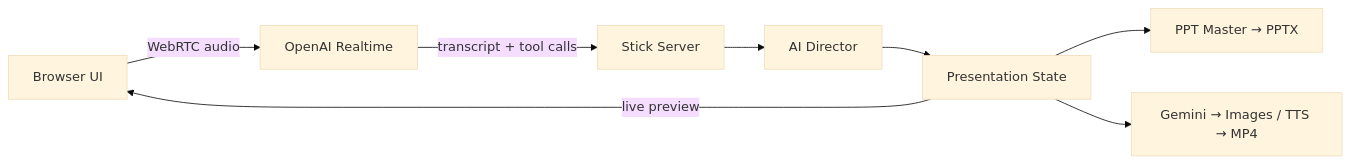
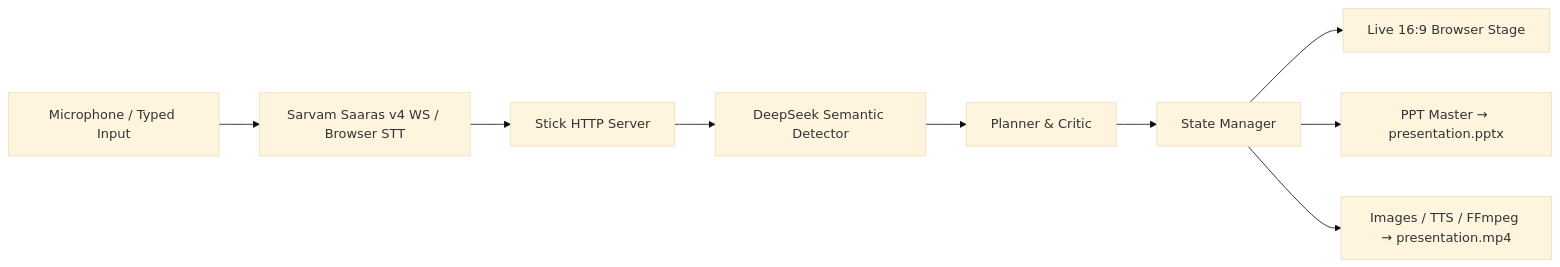
The diagram in README.md (naitikraj9112-max/STICK-V1.0), drawn with Mermaid (base theme) before and after one commit. The commit also changed other lines of this file and 41 other files, not shown here.

Commit message:
Release Stick v1.0 with Sarvam realtime STT, DeepSeek AI Director, and multilingual slide pipeline

````diff
--- a/README.md
+++ b/README.md
@@ -79,18 +75,11 @@
 ```mermaid
 flowchart LR
-  Browser["Browser UI"]
-  Realtime["OpenAI Realtime"]
-  Server["Stick Server"]
-  Director["AI Director"]
-  State["Presentation State"]
-  PPTX["PPT Master → PPTX"]
-  Media["Gemini → Images / TTS → MP4"]
-
-  Browser -->|WebRTC audio| Realtime
-  Realtime -->|transcript + tool calls| Server
-  Server --> Director
-  Director --> State
-  State --> PPTX
-  State --> Media
-  State -->|live preview| Browser
+  Mic["Microphone / Typed Input"] --> STT["Sarvam Saaras v4 WS / Browser STT"]
+  STT --> Server["Stick HTTP Server"]
+  Server --> Detector["DeepSeek Semantic Detector"]
+  Detector --> Planner["Planner & Critic"]
+  Planner --> State["State Manager"]
+  State --> UI["Live 16:9 Browser Stage"]
+  State --> PPTX["PPT Master → presentation.pptx"]
+  State --> Media["Images / TTS / FFmpeg → presentation.mp4"]
 ```
````
